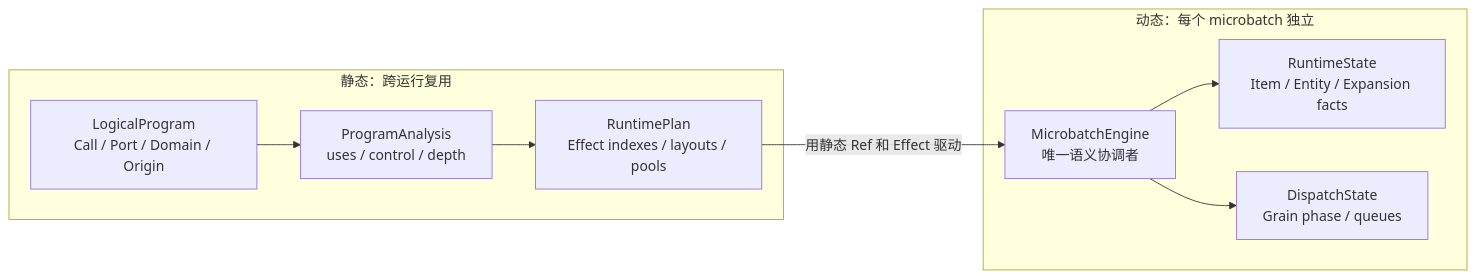
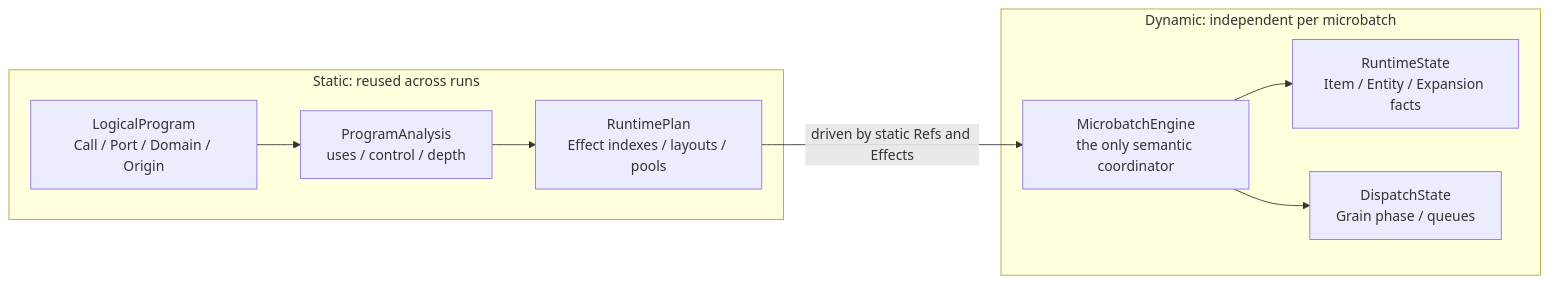
One commit to OpenDCAI/RayOrch changed diagram 12 of 24 in docs/multigrain_v3_6_getting_started.md. Above: the diagram before and after it, drawn with Mermaid. The commit also changed other lines of this file and 31 other files, not shown here.

Commit message:
docs(v3.6): publish bilingual architecture guides

````diff
--- a/docs/multigrain_v3_6_getting_started.md
+++ b/docs/multigrain_v3_6_getting_started.md
@@ -889,19 +1310,19 @@
 ```mermaid
 flowchart LR
-    subgraph CompileTime["静态：跨运行复用"]
+    subgraph CompileTime["Static: reused across runs"]
         LP["LogicalProgram<br/>Call / Port / Domain / Origin"]
         PA["ProgramAnalysis<br/>uses / control / depth"]
         RP["RuntimePlan<br/>Effect indexes / layouts / pools"]
         LP --> PA --> RP
     end
 
-    subgraph RunTime["动态：每个 microbatch 独立"]
-        ME["MicrobatchEngine<br/>唯一语义协调者"]
+    subgraph RunTime["Dynamic: independent per microbatch"]
+        ME["MicrobatchEngine<br/>the only semantic coordinator"]
         RS["RuntimeState<br/>Item / Entity / Expansion facts"]
         DS["DispatchState<br/>Grain phase / queues"]
         ME --> RS
         ME --> DS
     end
 
-    RP -->|"用静态 Ref 和 Effect 驱动"| ME
+    RP -->|"driven by static Refs and Effects"| ME
 ```
````
